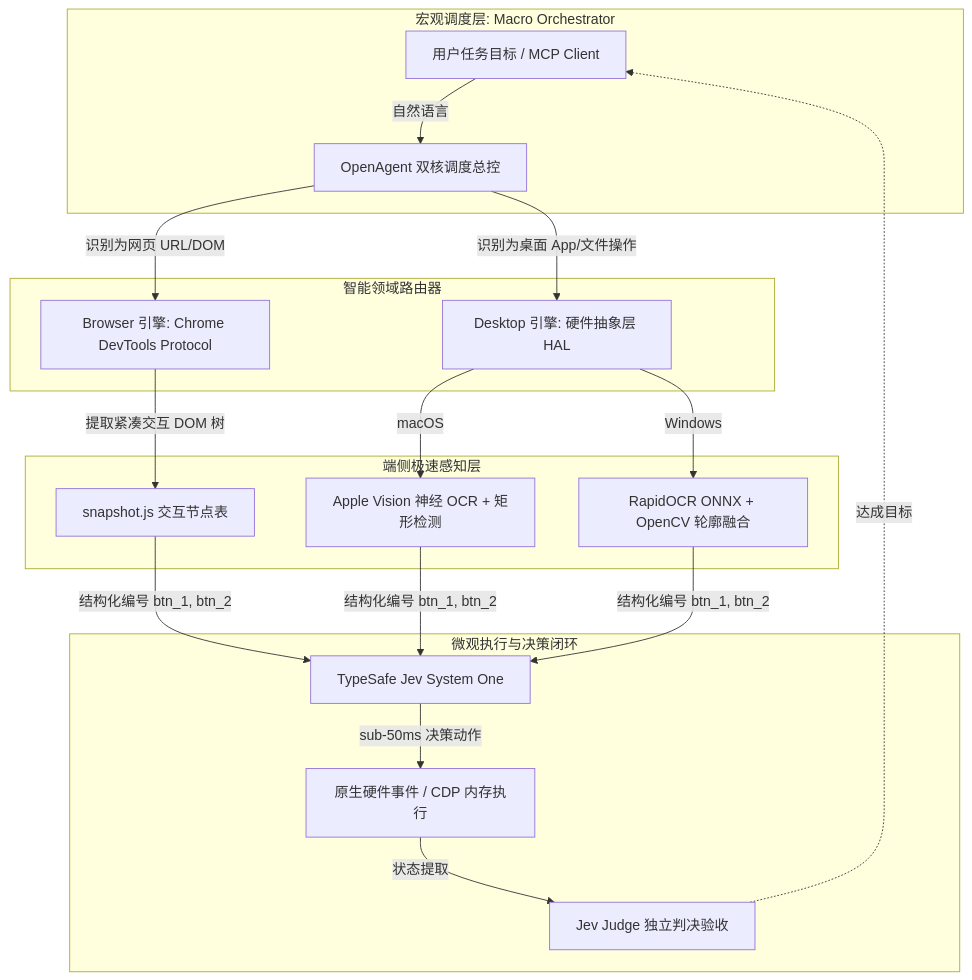
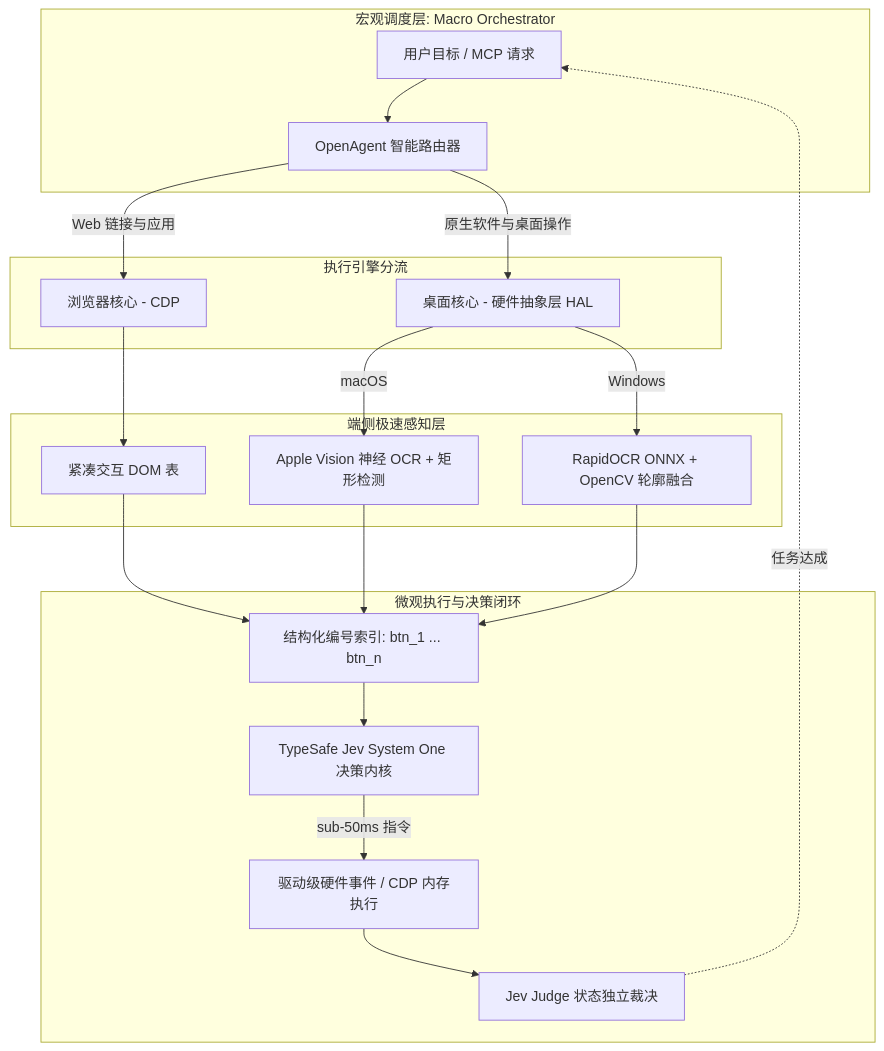
The diagram in README_zh.md (ribentianhuang38-boop/open-use), drawn with Mermaid before and after one commit. The commit also changed other lines of this file and 1 other file, not shown here.

````diff
--- a/README_zh.md
+++ b/README_zh.md
@@ -52,25 +58,26 @@
 ```mermaid
-graph TB
+graph TD
     subgraph Macro [宏观调度层: Macro Orchestrator]
-        User[用户任务目标 / MCP Client] -->|自然语言| OpenAgent[OpenAgent 双核调度总控]
+        Goal[用户目标 / MCP 请求] --> Orchestrator[OpenAgent 智能路由器]
     end
 
-    subgraph Router [智能领域路由器]
-        OpenAgent -->|识别为网页 URL/DOM| BrowserCore[Browser 引擎: Chrome DevTools Protocol]
-        OpenAgent -->|识别为桌面 App/文件操作| DesktopCore[Desktop 引擎: 硬件抽象层 HAL]
+    subgraph CoreRouting [执行引擎分流]
+        Orchestrator -->|Web 链接与应用| WebEngine[浏览器核心 - CDP]
+        Orchestrator -->|原生软件与桌面操作| DesktopEngine[桌面核心 - 硬件抽象层 HAL]
     end
 
     subgraph Perception [端侧极速感知层]
-        BrowserCore -->|提取紧凑交互 DOM 树| Snapshot[snapshot.js 交互节点表]
-        DesktopCore -->|macOS| MacHAL[Apple Vision 神经 OCR + 矩形检测]
-        DesktopCore -->|Windows| WinHAL[RapidOCR ONNX + OpenCV 轮廓融合]
+        WebEngine --> DOMTable[紧凑交互 DOM 表]
+        DesktopEngine -->|macOS| MacHAL[Apple Vision 神经 OCR + 矩形检测]
+        DesktopEngine -->|Windows| WinHAL[RapidOCR ONNX + OpenCV 轮廓融合]
     end
 
-    subgraph Decision [微观执行与决策闭环]
-        Snapshot & MacHAL & WinHAL -->|结构化编号 btn_1, btn_2| Jev[TypeSafe Jev System One]
-        Jev -->|sub-50ms 决策动作| ActionExec[原生硬件事件 / CDP 内存执行]
-        ActionExec -->|状态提取| Judge[Jev Judge 独立判决验收]
+    subgraph DecisionEngine [微观执行与决策闭环]
+        DOMTable & MacHAL & WinHAL --> NumericMap[结构化编号索引: btn_1 ... btn_n]
+        NumericMap --> Jev[TypeSafe Jev System One 决策内核]
+        Jev -->|sub-50ms 指令| ActionExecution[驱动级硬件事件 / CDP 内存执行]
+        ActionExecution --> Audit[Jev Judge 状态独立裁决]
     end
 
-    Judge -.->|达成目标| User
+    Audit -.->|任务达成| Goal
 ```
````
